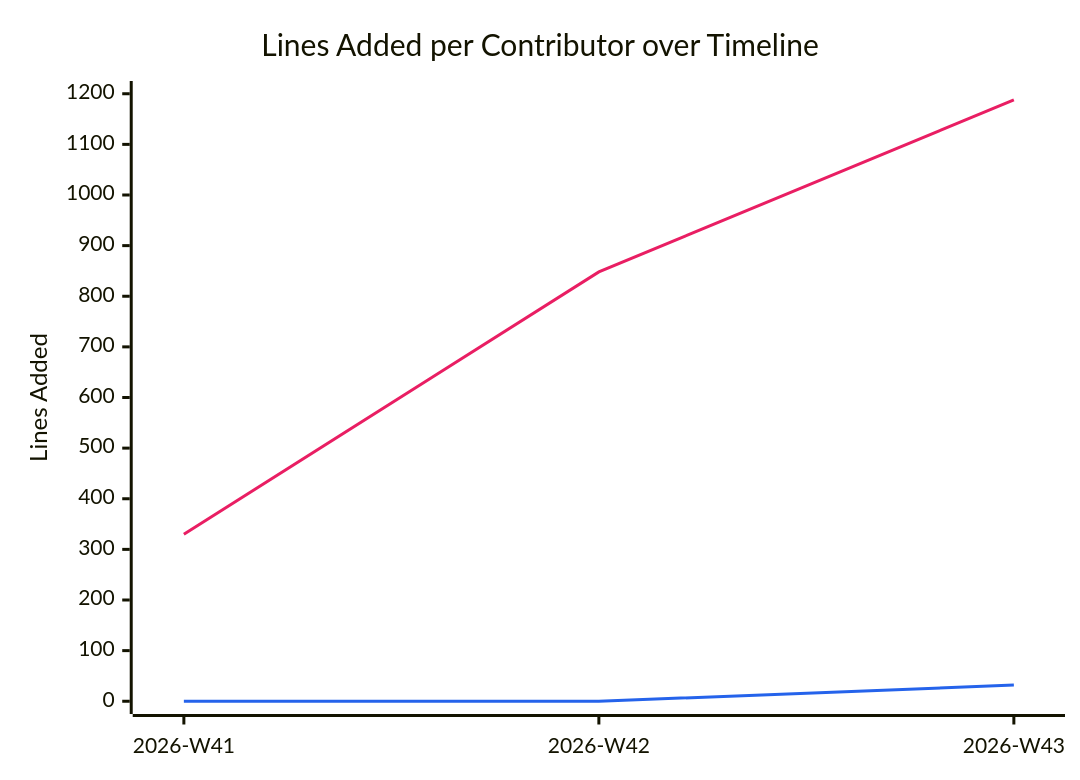
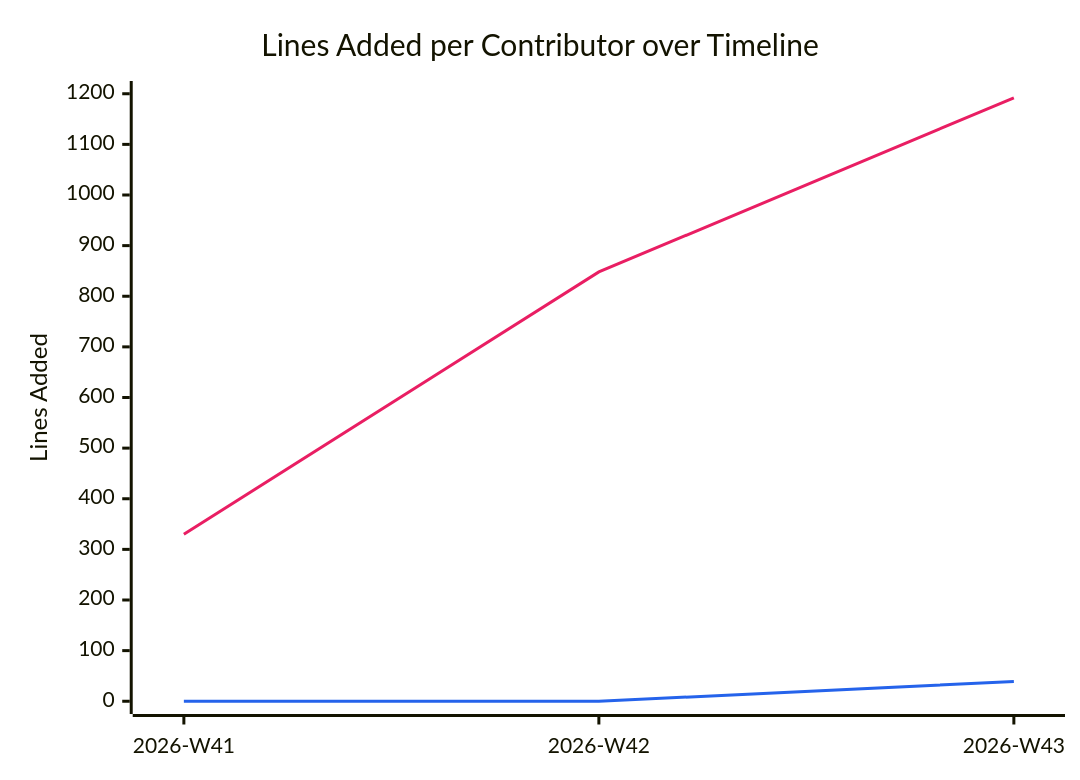
The diagram in documentation/snippets/management/code-additions.mmd (BeyondMagic/swe-template), drawn with Mermaid before and after one commit. The commit also changed 2 other files, not shown here.

```diff
--- a/documentation/snippets/management/code-additions.mmd
+++ b/documentation/snippets/management/code-additions.mmd
@@ -1,7 +1,7 @@
 %%{init: {"themeVariables": {"xyChart": {"plotColorPalette": "#e91e63, #2563eb"}}}}%%
 xychart-beta
     title "Lines Added per Contributor over Timeline"
     x-axis ["2026-W41", "2026-W42", "2026-W43"]
     y-axis "Lines Added" 0 --> 1200
-    line [330, 848, 1188]
-    line [0, 0, 32]
+    line [330, 848, 1192]
+    line [0, 0, 39]
```
